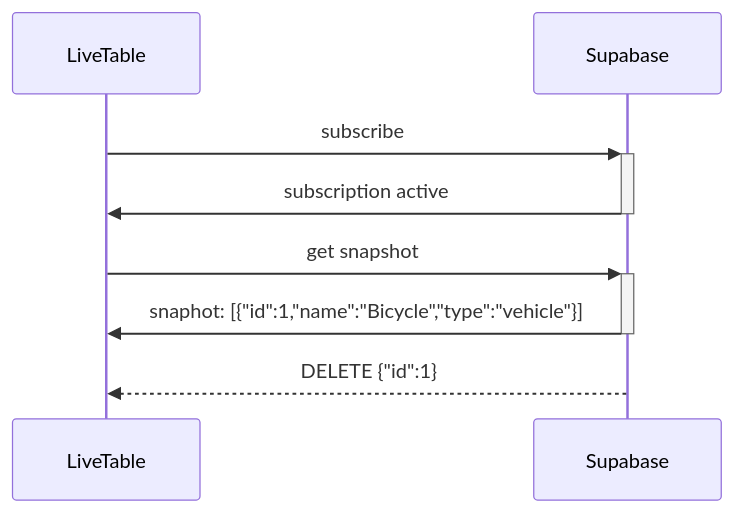
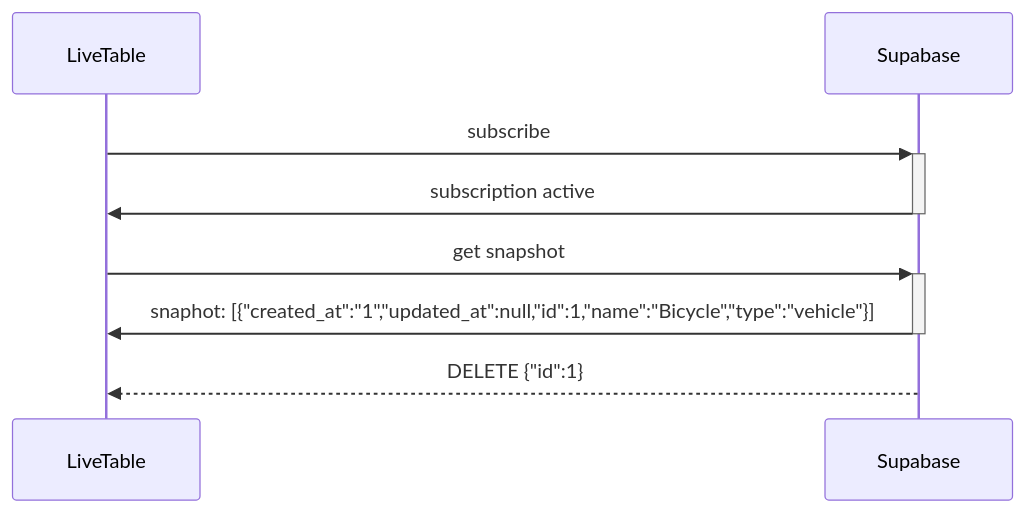
Before and after one commit to openartmarket/supabase-live-table: the diagram in docs/sequence-diagrams/replays-deletes-that-arrived-after-the-snapshot.md, drawn with Mermaid. The commit also changed 5 other files, not shown here.

````diff
--- a/docs/sequence-diagrams/replays-deletes-that-arrived-after-the-snapshot.md
+++ b/docs/sequence-diagrams/replays-deletes-that-arrived-after-the-snapshot.md
@@ -3,8 +3,8 @@
 ```mermaid
 sequenceDiagram
   LiveTable->>+Supabase: subscribe
   Supabase->>-LiveTable: subscription active
   LiveTable->>+Supabase: get snapshot
-  Supabase->>-LiveTable: snaphot: [{"id":1,"name":"Bicycle","type":"vehicle"}]
+  Supabase->>-LiveTable: snaphot: [{"created_at":"1","updated_at":null,"id":1,"name":"Bicycle","type":"vehicle"}]
   Supabase-->>LiveTable: DELETE {"id":1}
 ```
````
